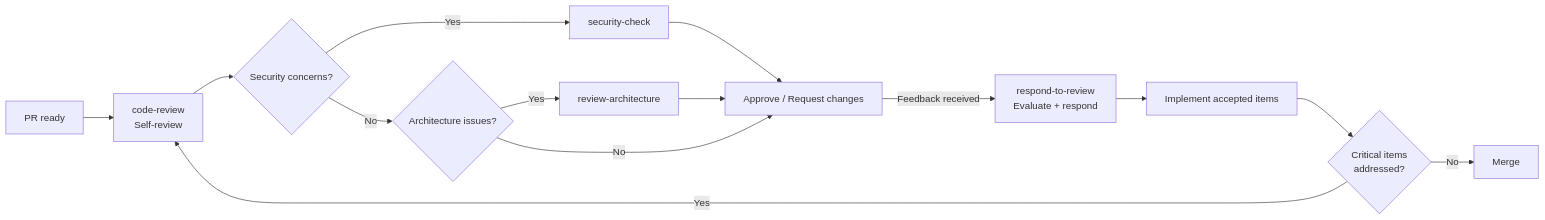
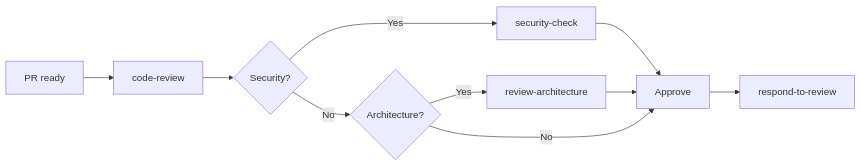
Before and after one commit to igmarin/rails-agent-skills: the third of 6 diagrams in docs/persona-guide.md, drawn with Mermaid. The commit also changed other lines of this file and 49 other files, not shown here.

````diff
--- a/docs/persona-guide.md
+++ b/docs/persona-guide.md
@@ -270,16 +52,12 @@
 ```mermaid
 flowchart LR
-    A[PR ready] --> B[code-review\nSelf-review]
-    B --> C{Security concerns?}
+    A[PR ready] --> B[code-review]
+    B --> C{Security?}
     C -->|Yes| D[security-check]
-    C -->|No| E{Architecture issues?}
+    C -->|No| E{Architecture?}
     E -->|Yes| F[review-architecture]
-    E -->|No| G[Approve / Request changes]
+    E -->|No| G[Approve]
     D --> G
     F --> G
-    G -->|Feedback received| H[respond-to-review\nEvaluate + respond]
-    H --> I[Implement accepted items]
-    I --> J{Critical items\naddressed?}
-    J -->|Yes| B
-    J -->|No| K[Merge]
+    G --> H[respond-to-review]
 ```
````
